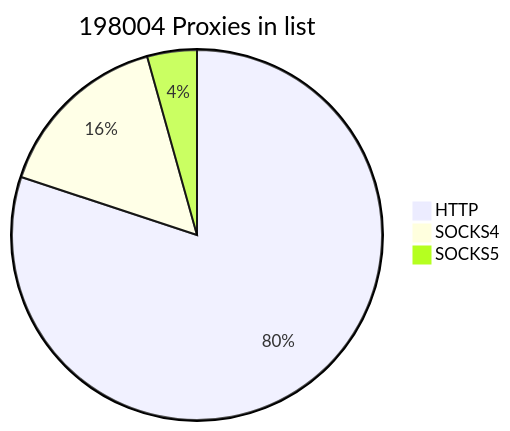
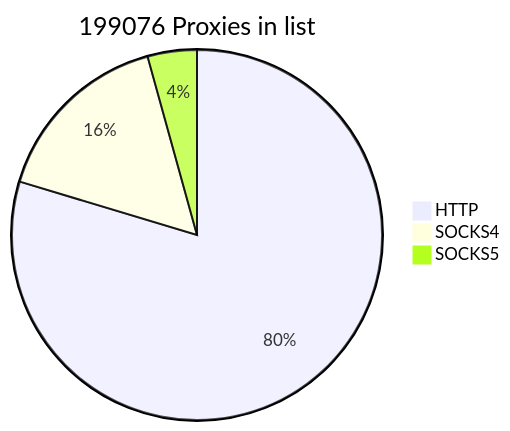
One commit to cutipu/proxylist changed the first of 2 diagrams in README.md. Above: the diagram before and after it, drawn with Mermaid. The commit also changed other lines of this file, not shown here.

````diff
--- a/README.md
+++ b/README.md
@@ -2,7 +2,7 @@
 ```mermaid
-pie title 198004 Proxies in list
-    "HTTP" : 158540
-    "SOCKS4" : 30880
-    "SOCKS5" : 8584
+pie title 199076 Proxies in list
+    "HTTP" : 158578
+    "SOCKS4" : 31939
+    "SOCKS5" : 8559
             
 ```
````
